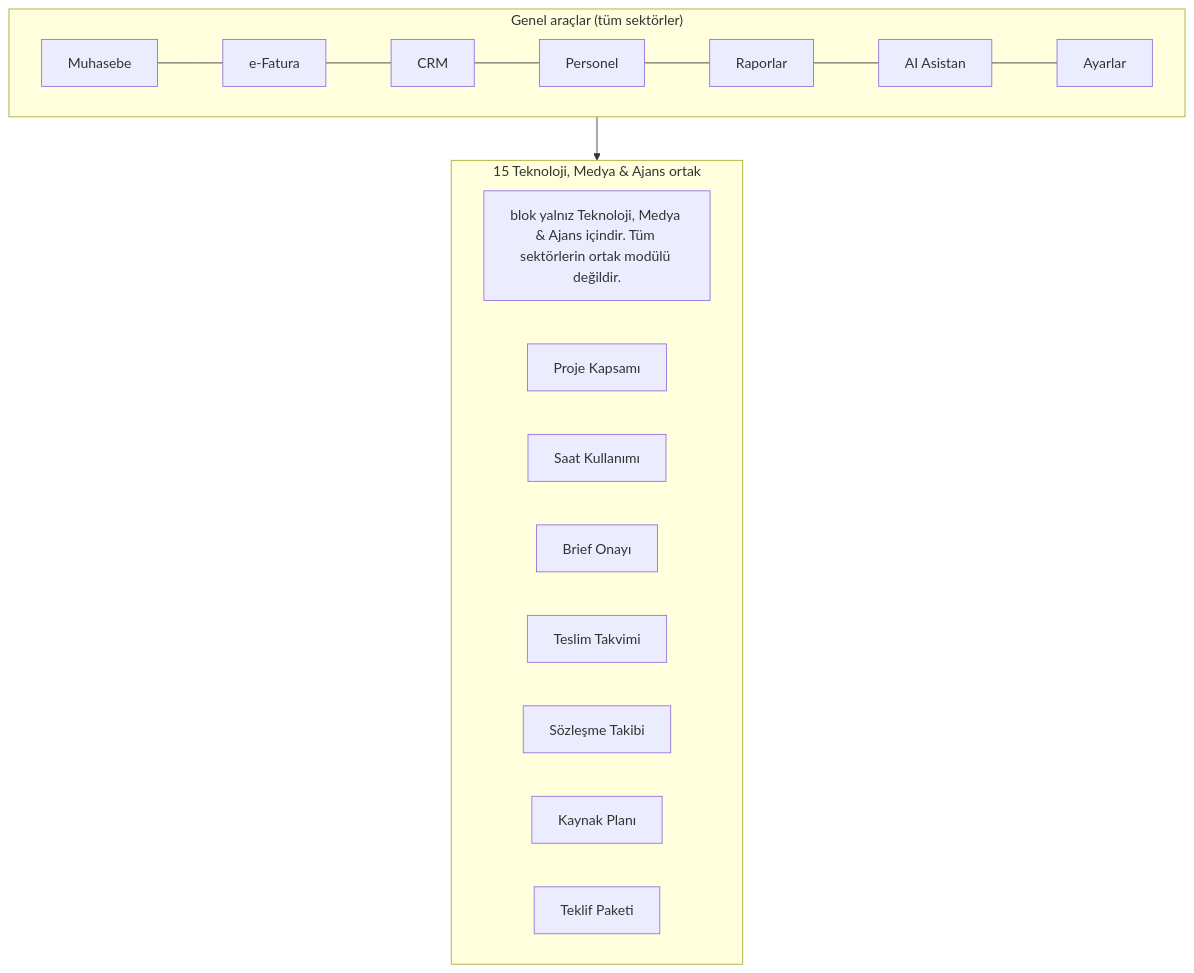
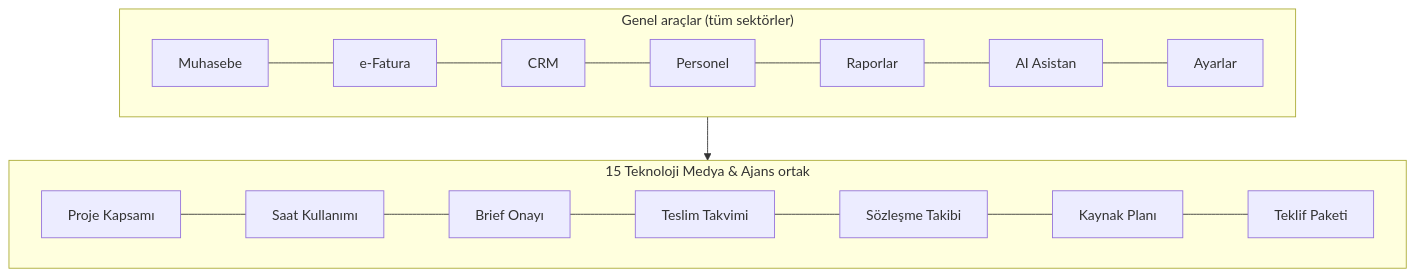
The second of 2 diagrams in 01 Sektörler/15 Teknoloji Medya & Ajans.md (sametkarabulut-dev/xfuturepos-v2), drawn with Mermaid before and after one commit. The commit also changed other lines of this file and 823 other files, not shown here.

````diff
--- a/01 Sektörler/15 Teknoloji Medya & Ajans.md
+++ b/01 Sektörler/15 Teknoloji Medya & Ajans.md
@@ -71,17 +62,10 @@
 ```mermaid
 flowchart TB
   subgraph GEN["Genel araçlar (tüm sektörler)"]
     G1[Muhasebe] --- G2[e-Fatura] --- G3[CRM] --- G4[Personel] --- G5[Raporlar] --- G6[AI Asistan] --- G7[Ayarlar]
   end
-  subgraph OZEL["15 Teknoloji, Medya & Ajans ortak"]
-    O1[blok yalnız Teknoloji, Medya & Ajans içindir. Tüm sektörlerin ortak modülü değildir.]
-    O2[Proje Kapsamı]
-    O3[Saat Kullanımı]
-    O4[Brief Onayı]
-    O5[Teslim Takvimi]
-    O6[Sözleşme Takibi]
-    O7[Kaynak Planı]
-    O8[Teklif Paketi]
+  subgraph OZEL["15 Teknoloji Medya & Ajans ortak"]
+    O1[Proje Kapsamı] --- O2[Saat Kullanımı] --- O3[Brief Onayı] --- O4[Teslim Takvimi] --- O5[Sözleşme Takibi] --- O6[Kaynak Planı] --- O7[Teklif Paketi]
   end
   GEN --> OZEL
 ```
````
